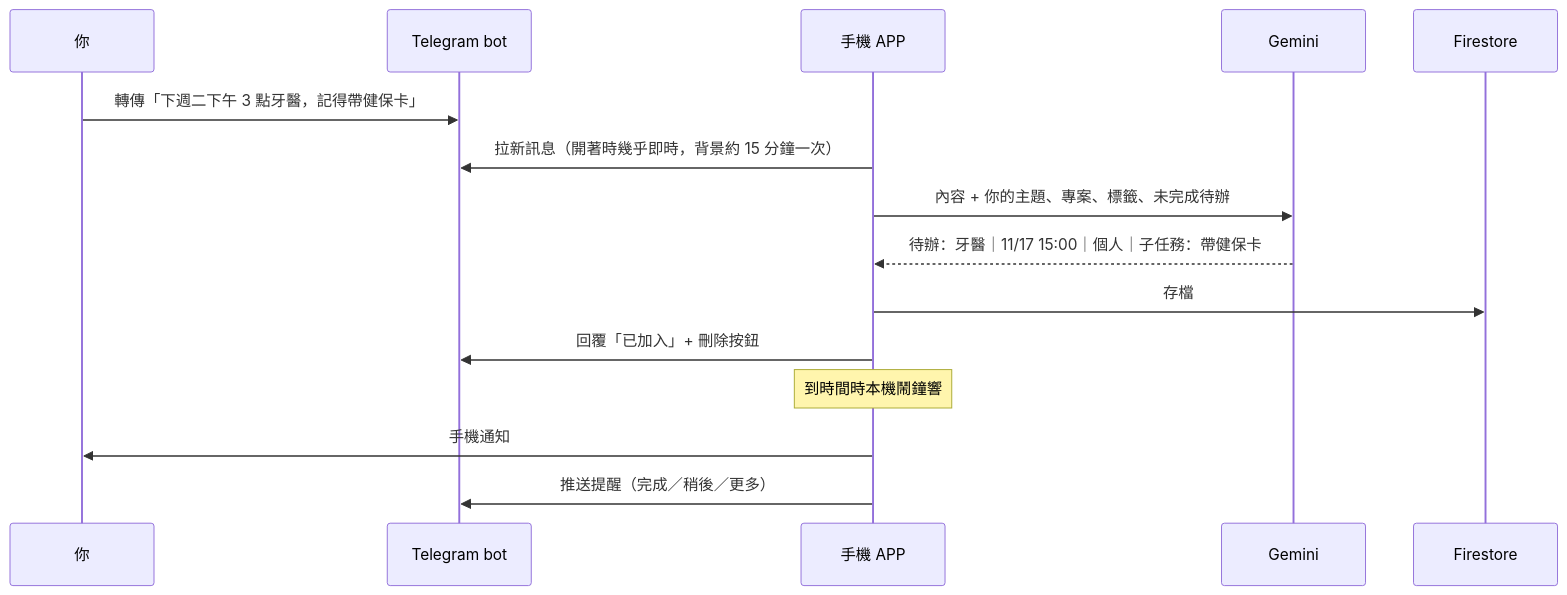
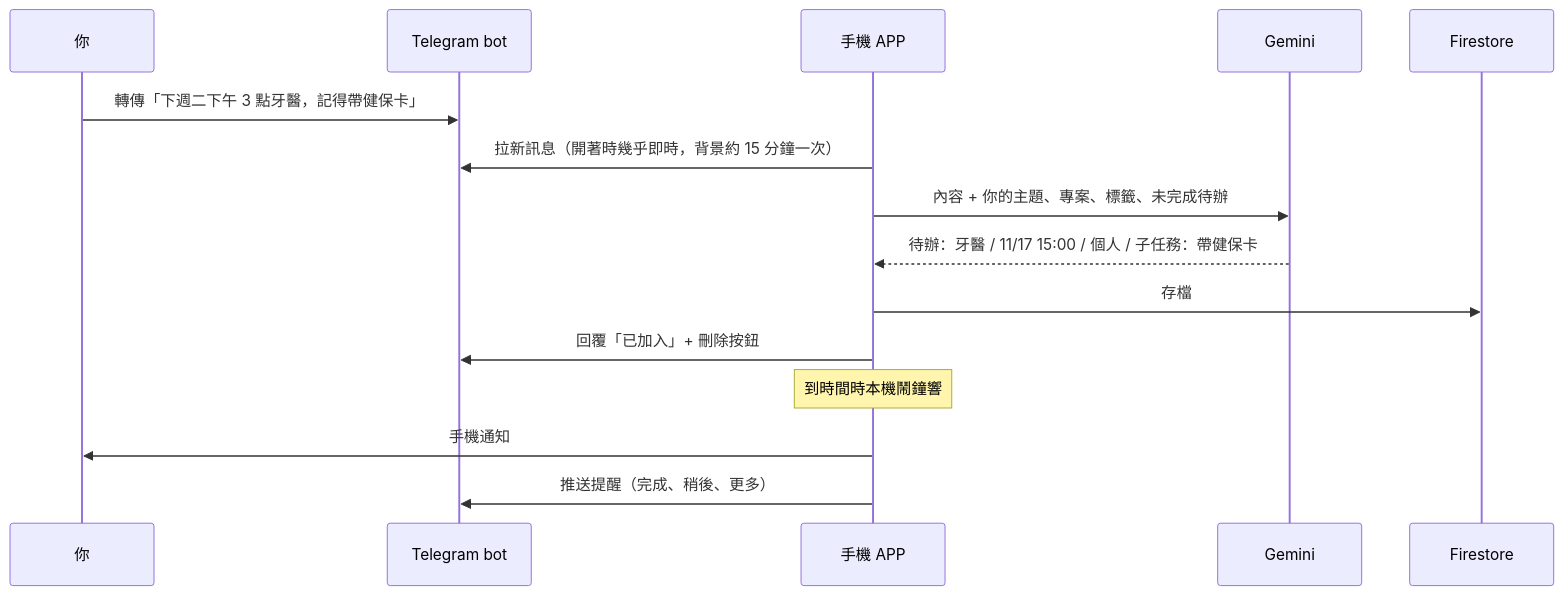
One commit to shishonomisaki/life-manager-public changed the second of 2 diagrams in README.md. Above: the diagram before and after it, drawn with Mermaid. The commit also changed other lines of this file and 1 other file, not shown here.

Commit message:
修正 Mermaid 圖表語法，讓 GitHub 能正確顯示
Claude-Session: https://claude.ai/code/session_01Vi3GHGdf8kAMk2opQpEVGQ

````diff
--- a/README.md
+++ b/README.md
@@ -75,17 +76,17 @@
 ```mermaid
 sequenceDiagram
-  participant 你
-  participant TG as Telegram bot
-  participant APP as 手機 APP
-  participant AI as Gemini
-  participant DB as Firestore
-  你->>TG: 轉傳「下週二下午 3 點牙醫，記得帶健保卡」
-  APP->>TG: 拉新訊息（開著時幾乎即時，背景約 15 分鐘一次）
-  APP->>AI: 內容 + 你的主題、專案、標籤、未完成待辦
-  AI-->>APP: 待辦：牙醫｜11/17 15:00｜個人｜子任務：帶健保卡
-  APP->>DB: 存檔
-  APP->>TG: 回覆「已加入」+ 刪除按鈕
-  Note over APP: 到時間時本機鬧鐘響
-  APP->>你: 手機通知
-  APP->>TG: 推送提醒（完成／稍後／更多）
+  participant U as 你
+  participant T as Telegram bot
+  participant A as 手機 APP
+  participant G as Gemini
+  participant D as Firestore
+  U->>T: 轉傳「下週二下午 3 點牙醫，記得帶健保卡」
+  A->>T: 拉新訊息（開著時幾乎即時，背景約 15 分鐘一次）
+  A->>G: 內容 + 你的主題、專案、標籤、未完成待辦
+  G-->>A: 待辦：牙醫 / 11/17 15:00 / 個人 / 子任務：帶健保卡
+  A->>D: 存檔
+  A->>T: 回覆「已加入」+ 刪除按鈕
+  Note over A: 到時間時本機鬧鐘響
+  A->>U: 手機通知
+  A->>T: 推送提醒（完成、稍後、更多）
 ```
````
